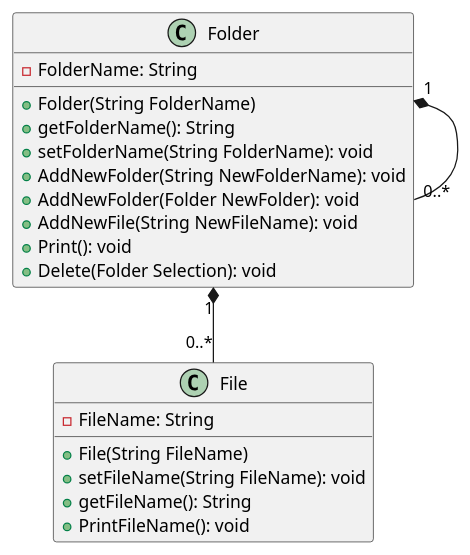
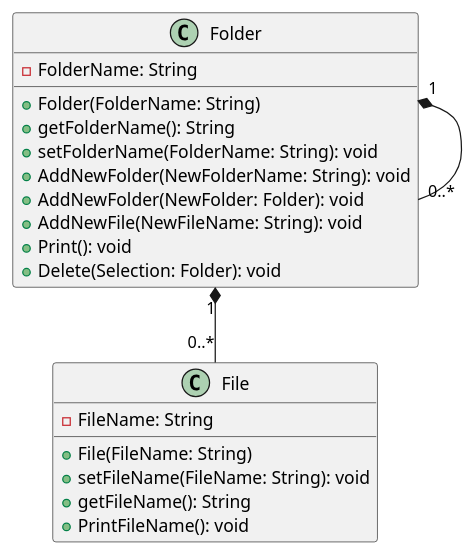
The diagram in Part 4 Class Diagram.puml (retrinidad/CS5800_Homework_3), drawn with PlantUML before and after one commit. The commit also changed 3 other files, not shown here.

```diff
--- a/Part 4 Class Diagram.puml
+++ b/Part 4 Class Diagram.puml
@@ -1,31 +1,31 @@
 @startuml
 'https://plantuml.com/class-diagram
 
 
 Folder "1" *-- "0..*" File
 Folder "1" *-- "0..*" Folder
 
 
 class Folder {
 -FolderName: String
 
-+Folder(String FolderName)
++Folder(FolderName: String)
 +getFolderName(): String
-+setFolderName(String FolderName): void
-+AddNewFolder(String NewFolderName): void
-+AddNewFolder(Folder NewFolder): void
-+AddNewFile(String NewFileName): void
++setFolderName(FolderName: String): void
++AddNewFolder(NewFolderName: String): void
++AddNewFolder(NewFolder: Folder): void
++AddNewFile(NewFileName: String): void
 +Print(): void
-+Delete(Folder Selection): void
++Delete(Selection: Folder): void
 }
 
 class File{
 -FileName: String
 
-+File(String FileName)
-+setFileName(String FileName): void
++File(FileName: String)
++setFileName(FileName: String): void
 +getFileName(): String
 +PrintFileName(): void
 }
 
 @enduml
```
